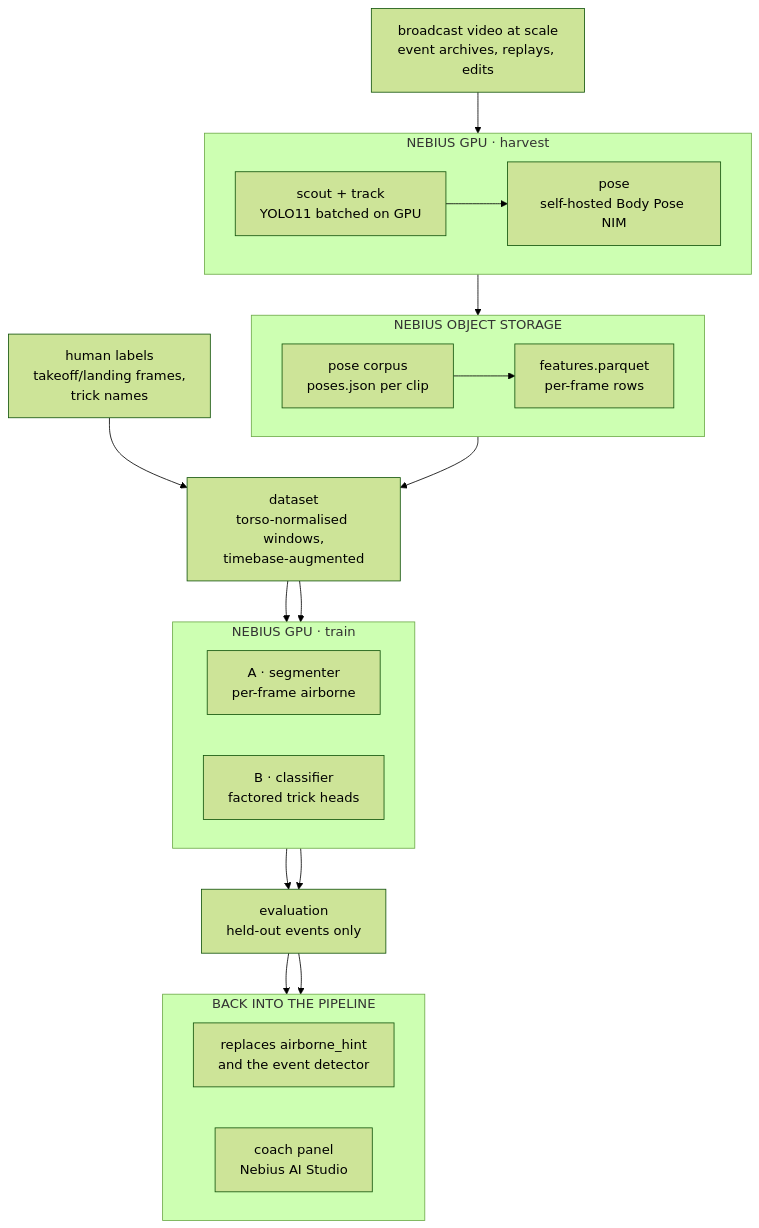
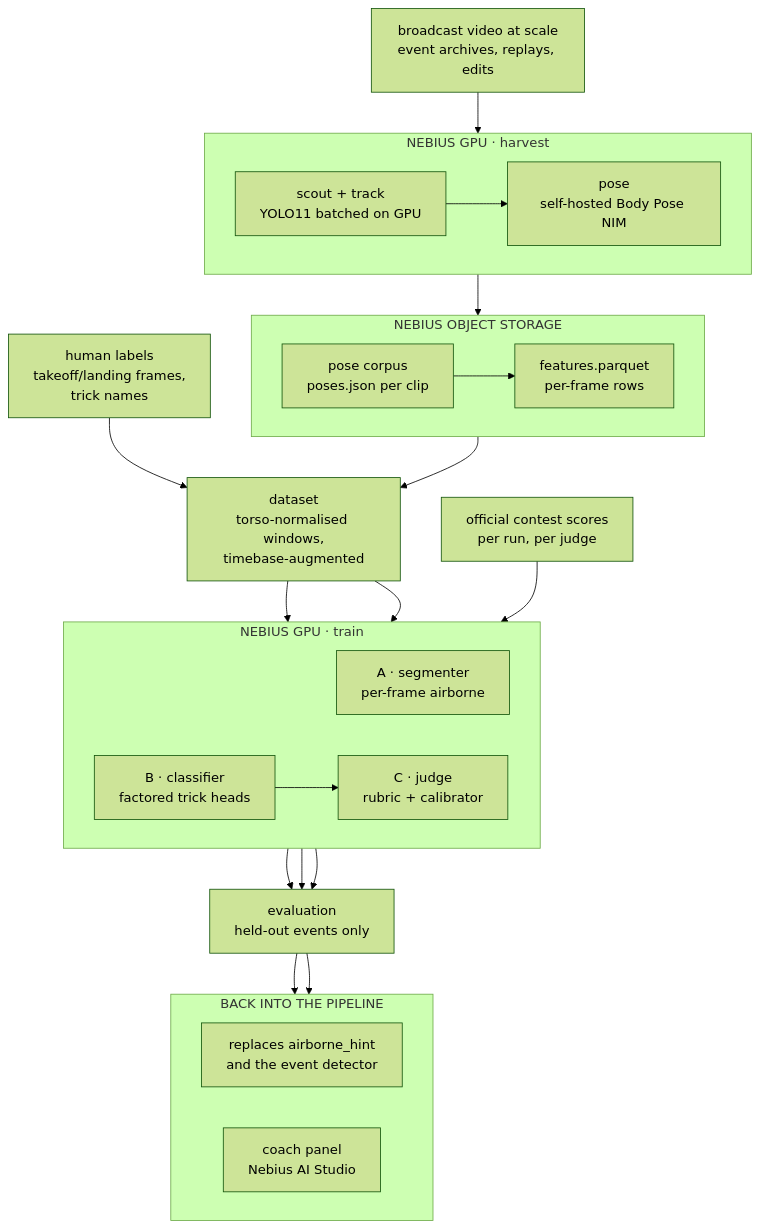
The second of 3 diagrams in docs/training.md (chostudio/snow), drawn with Mermaid (forest theme) before and after one commit. The commit also changed other lines of this file and 2 other files, not shown here.

````diff
--- a/docs/training.md
+++ b/docs/training.md
@@ -63,46 +69,52 @@
 ```mermaid
 flowchart TB
     SRC["broadcast video at scale<br/>event archives, replays, edits"]
 
     subgraph HARVEST["NEBIUS GPU · harvest"]
         direction LR
         P1["scout + track<br/>YOLO11 batched on GPU"]
         P2["pose<br/>self-hosted Body Pose NIM"]
         P1 --> P2
     end
 
     subgraph STORE["NEBIUS OBJECT STORAGE"]
         direction LR
         D1["pose corpus<br/>poses.json per clip"]
         D2["features.parquet<br/>per-frame rows"]
     end
 
     LABEL["human labels<br/>takeoff/landing frames,<br/>trick names"]
 
     DS["dataset<br/>torso-normalised windows,<br/>timebase-augmented"]
 
     subgraph TRAIN["NEBIUS GPU · train"]
         direction LR
         M1["A · segmenter<br/>per-frame airborne"]
         M2["B · classifier<br/>factored trick heads"]
+        M3["C · judge<br/>rubric + calibrator"]
+        M2 --> M3
     end
+
+    SCORES["official contest scores<br/>per run, per judge"]
 
     EVAL["evaluation<br/>held-out events only"]
 
     subgraph SHIP["BACK INTO THE PIPELINE"]
         direction LR
         S1["replaces airborne_hint<br/>and the event detector"]
         S2["coach panel<br/>Nebius AI Studio"]
     end
 
     SRC --> P1
     P2 --> D1 --> D2
     D2 --> DS
     LABEL --> DS
     DS --> M1
     DS --> M2
     M1 --> EVAL
     M2 --> EVAL
+    SCORES --> M3
+    M3 --> EVAL
     EVAL --> S1
     EVAL --> S2
 ```
````
